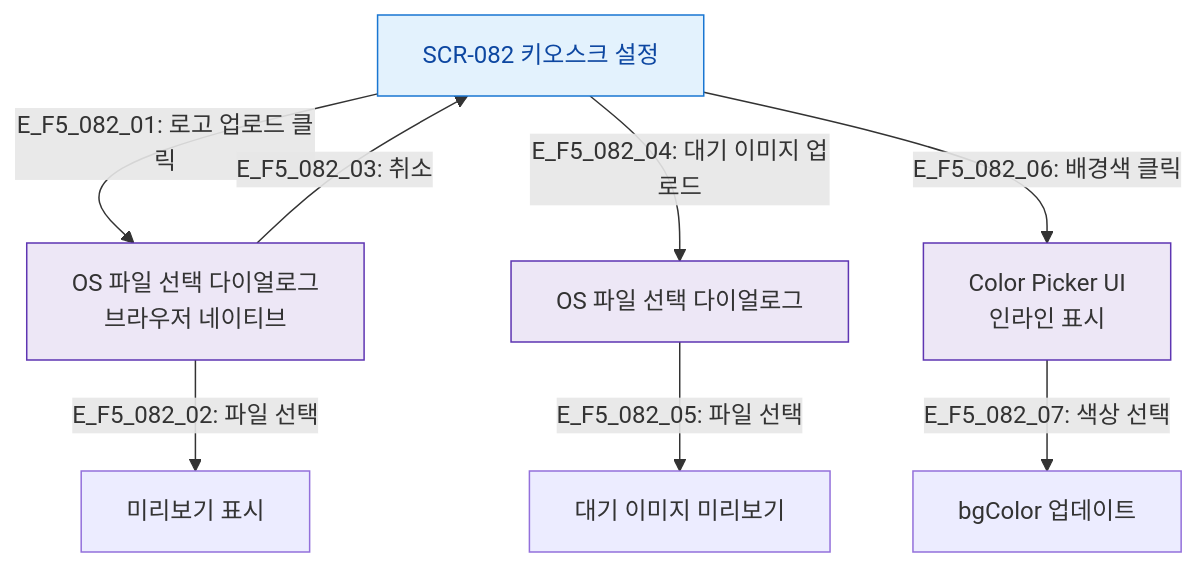
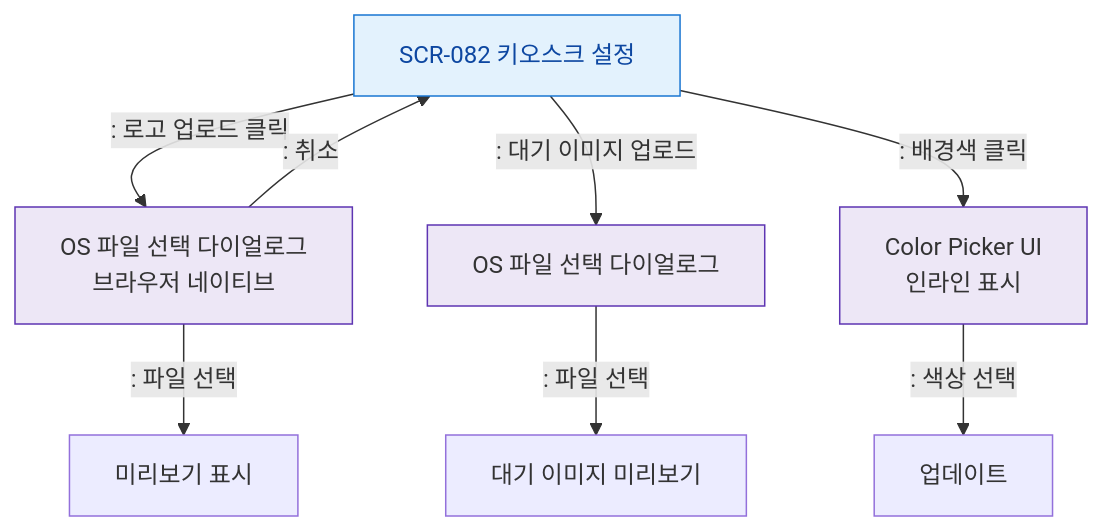
One commit to dev-spogym/admin-pando changed the diagram in docs/다이어그램/D09_설정관리/SCR-082_키오스크설정/F5_모달트리거.md. Above: the diagram before and after it, drawn with Mermaid. The commit also changed other lines of this file and 1660 other files, not shown here.

First line of the commit message:
다이어그램: 기획자/클라이언트 납품본으로 정리

````diff
--- a/docs/다이어그램/D09_설정관리/SCR-082_키오스크설정/F5_모달트리거.md
+++ b/docs/다이어그램/D09_설정관리/SCR-082_키오스크설정/F5_모달트리거.md
@@ -17,19 +15,19 @@
 ```mermaid
 flowchart TD
     SCR082[SCR-082 키오스크 설정]
 
-    SCR082 -->|"E_F5_082_01: 로고 업로드 클릭"| FileDialog[OS 파일 선택 다이얼로그\n브라우저 네이티브]
-    FileDialog -->|"E_F5_082_02: 파일 선택"| UploadPreview[미리보기 표시]
-    FileDialog -->|"E_F5_082_03: 취소"| SCR082
+    SCR082 -->|": 로고 업로드 클릭"|FileDialog[OS 파일 선택 다이얼로그\n브라우저 네이티브]
+    FileDialog -->|": 파일 선택"|UploadPreview[미리보기 표시]
+    FileDialog -->|": 취소"|SCR082
 
-    SCR082 -->|"E_F5_082_04: 대기 이미지 업로드"| FileDialog2[OS 파일 선택 다이얼로그]
-    FileDialog2 -->|"E_F5_082_05: 파일 선택"| IdlePreview[대기 이미지 미리보기]
+    SCR082 -->|": 대기 이미지 업로드"|FileDialog2[OS 파일 선택 다이얼로그]
+    FileDialog2 -->|": 파일 선택"|IdlePreview[대기 이미지 미리보기]
 
-    SCR082 -->|"E_F5_082_06: 배경색 클릭"| ColorPicker[Color Picker UI\n인라인 표시]
-    ColorPicker -->|"E_F5_082_07: 색상 선택"| BgUpdate[bgColor 업데이트]
+    SCR082 -->|": 배경색 클릭"|ColorPicker[Color Picker UI\n인라인 표시]
+    ColorPicker -->|": 색상 선택"|BgUpdate[업데이트]
 
     classDef screen fill:#E3F2FD,stroke:#1976D2,color:#0D47A1
     classDef system fill:#EDE7F6,stroke:#5E35B2
     class SCR082 screen
     class FileDialog,FileDialog2,ColorPicker system
 ```
````
